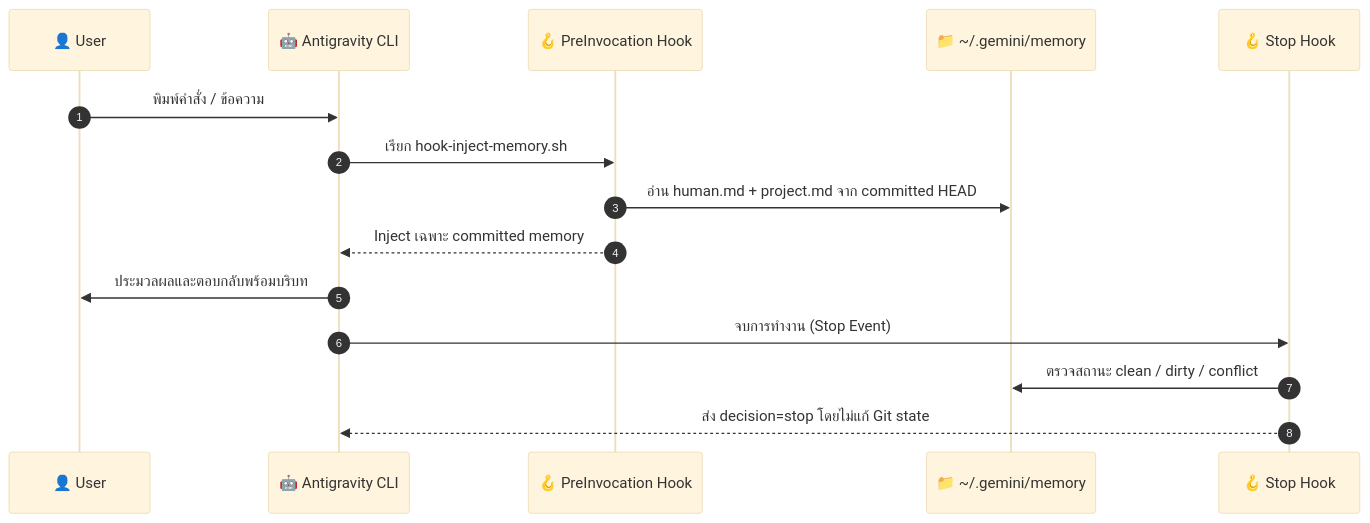
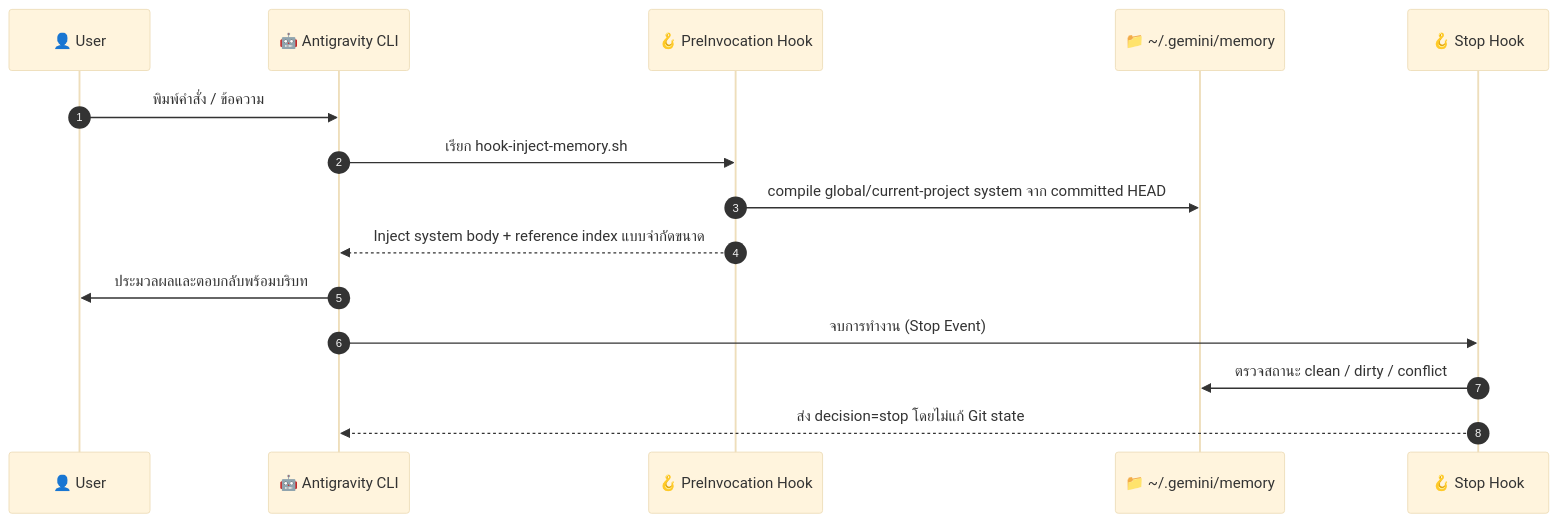
One commit to mahirocoko/agy-memory-layer changed the diagram in INSTALLATION_DETAILS.md. Above: the diagram before and after it, drawn with Mermaid (base theme). The commit also changed other lines of this file and 50 other files, not shown here.

````diff
--- a/INSTALLATION_DETAILS.md
+++ b/INSTALLATION_DETAILS.md
@@ -104,18 +114,18 @@
 ```mermaid
 sequenceDiagram
     autonumber
     participant User as 👤 User
     participant Engine as 🤖 Antigravity CLI
     participant Hook as 🪝 PreInvocation Hook
     participant Mem as 📁 ~/.gemini/memory
     participant Stop as 🪝 Stop Hook
 
     User->>Engine: พิมพ์คำสั่ง / ข้อความ
     Engine->>Hook: เรียก hook-inject-memory.sh
-    Hook->>Mem: อ่าน human.md + project.md จาก committed HEAD
-    Hook-->>Engine: Inject เฉพาะ committed memory
+    Hook->>Mem: compile global/current-project system จาก committed HEAD
+    Hook-->>Engine: Inject system body + reference index แบบจำกัดขนาด
     Engine->>User: ประมวลผลและตอบกลับพร้อมบริบท
     Engine->>Stop: จบการทำงาน (Stop Event)
     Stop->>Mem: ตรวจสถานะ clean / dirty / conflict
     Stop-->>Engine: ส่ง decision=stop โดยไม่แก้ Git state
 ```
````
